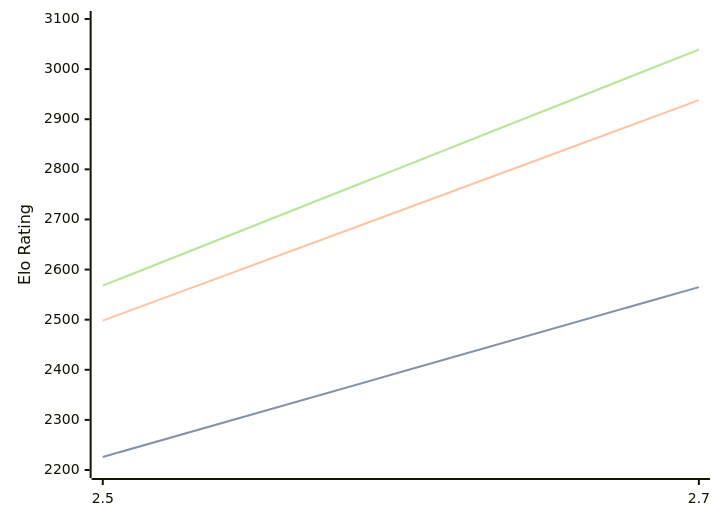
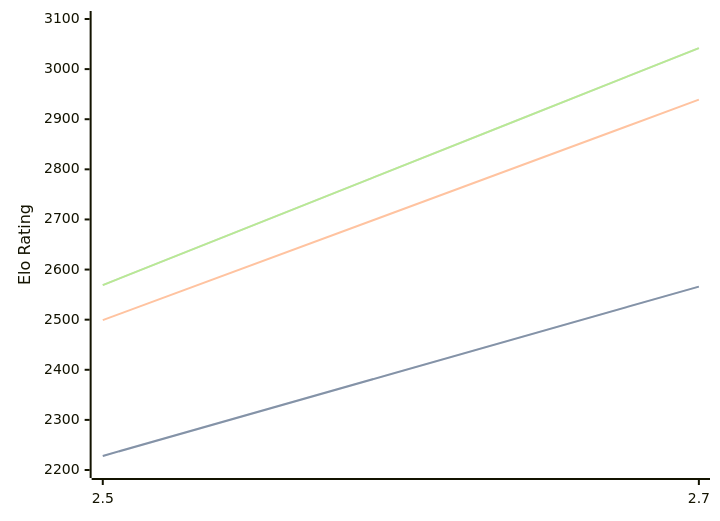
The diagram in engines/Zevra.md (computer-chess-index/cci), drawn with Mermaid before and after one commit. The commit also changed other lines of this file, not shown here.

Commit message:
Update CCI Ratings (ELO VLTC) - 2026-10-09

````diff
--- a/engines/Zevra.md
+++ b/engines/Zevra.md
@@ -32,11 +32,11 @@
 ```mermaid
 %%{init: {"theme":"base","themeVariables":{"seriesColors:['#a3a3a3','#222221','#faa371']}}}%%
 xychart-beta
   x-axis ["2.5", "2.7"]
   y-axis "Elo Rating" 2200 --> 3100
-  line "" [2226, 2565]
-  line "STC (8.0+0.08s)" [2226, 2565]
-  line "LTC (60.0+0.60s)" [2498, 2938]
-  line "" [2568, 3039]
-  line "VLTC (2m24s+1.12s)" [2568, 3039]
+  line "" [2228, 2566]
+  line "STC (8.0+0.08s)" [2228, 2566]
+  line "LTC (60.0+0.60s)" [2499, 2939]
+  line "" [2569, 3042]
+  line "VLTC (2m24s+1.12s)" [2569, 3042]
 ```
````
